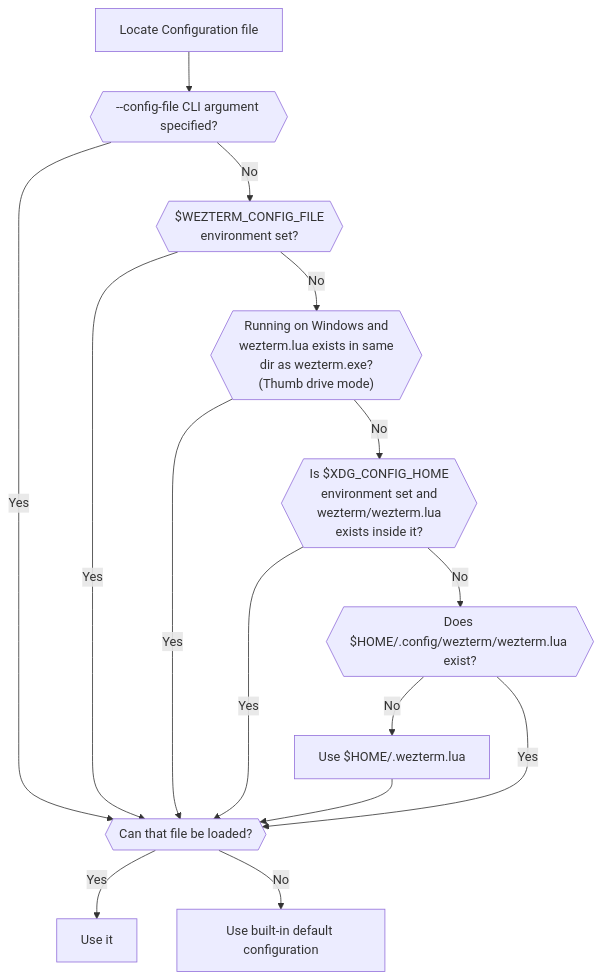
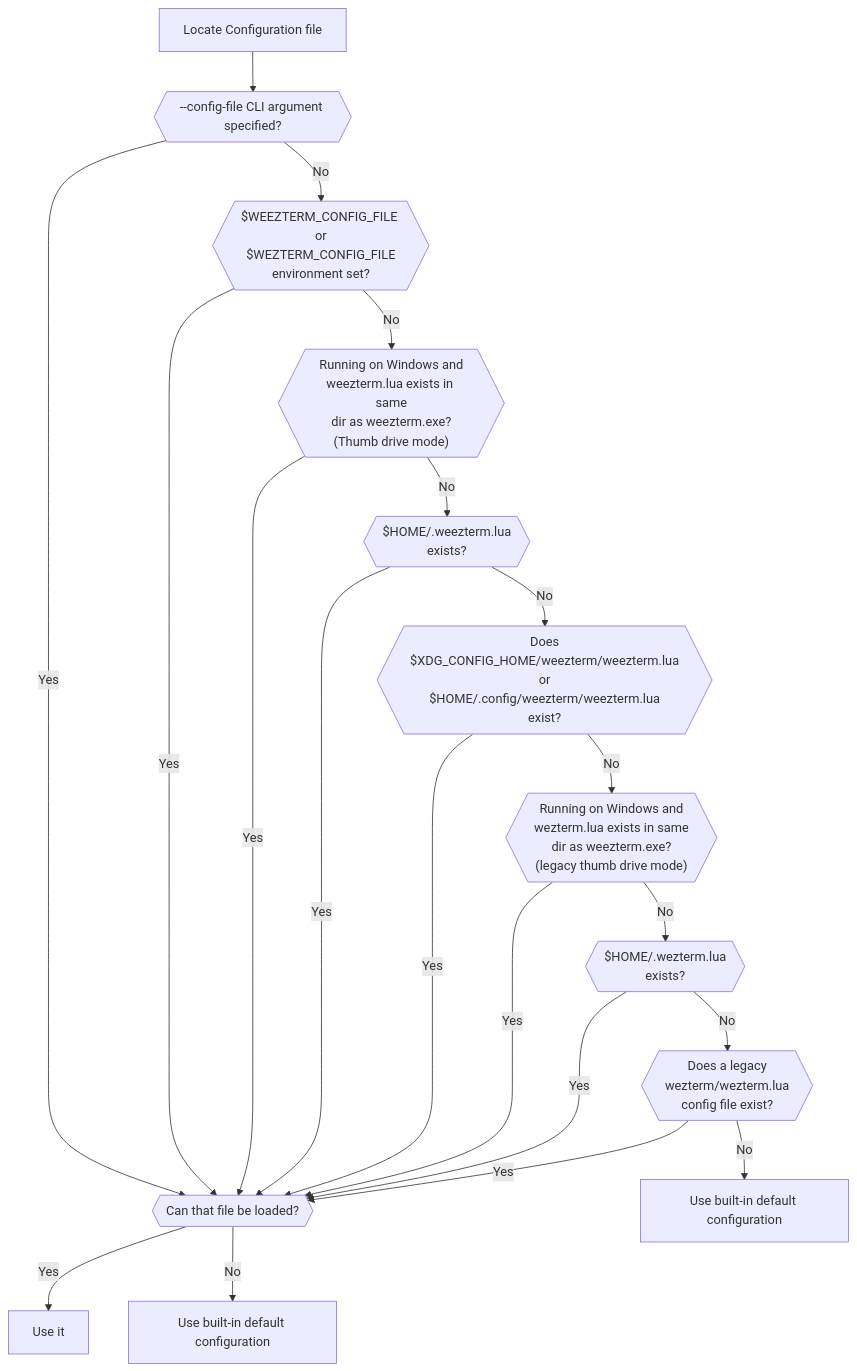
One commit to vicondoa/weezterm changed the diagram in docs/config/files.md. Above: the diagram before and after it, drawn with Mermaid. The commit also changed other lines of this file and 3 other files, not shown here.

````diff
--- a/docs/config/files.md
+++ b/docs/config/files.md
@@ -57,17 +62,22 @@
 ```mermaid
 graph TD
   X[Locate Configuration file] --> A{{--config-file CLI argument specified?}}
   A -->|Yes| B{{Can that file be loaded?}}
   B -->|Yes| C[Use it]
   B -->|No| D[Use built-in default configuration]
-  A -->|No| E{{$WEZTERM_CONFIG_FILE<br/>environment set?}}
+  A -->|No| E{{$WEEZTERM_CONFIG_FILE or<br/>$WEZTERM_CONFIG_FILE<br/>environment set?}}
   E -->|Yes| B
-  E -->|No| F{{"Running on Windows and<br/>wezterm.lua exists in same<br/>dir as wezterm.exe?<br/>(Thumb drive mode)"}}
+  E -->|No| F{{"Running on Windows and<br/>weezterm.lua exists in same<br/>dir as weezterm.exe?<br/>(Thumb drive mode)"}}
   F -->|Yes| B
-  F -->|No| H{{Is $XDG_CONFIG_HOME<br/>environment set and<br/>wezterm/wezterm.lua<br/>exists inside it?}}
+  F -->|No| G{{"$HOME/.weezterm.lua<br/>exists?"}}
+  G -->|Yes| B
+  G -->|No| H{{Does<br/>$XDG_CONFIG_HOME/weezterm/weezterm.lua<br/>or<br/>$HOME/.config/weezterm/weezterm.lua<br/>exist?}}
   H -->|Yes| B
-  J --> B
-  H -->|No| K{{Does $HOME/.config/wezterm/wezterm.lua exist?}}
+  H -->|No| I{{"Running on Windows and<br/>wezterm.lua exists in same<br/>dir as weezterm.exe?<br/>(legacy thumb drive mode)"}}
+  I -->|Yes| B
+  I -->|No| J{{"$HOME/.wezterm.lua<br/>exists?"}}
+  J -->|Yes| B
+  J -->|No| K{{Does a legacy<br/>wezterm/wezterm.lua<br/>config file exist?}}
   K -->|Yes| B
-  K -->|No| J[Use $HOME/.wezterm.lua]
+  K -->|No| L[Use built-in default configuration]
 ```
````
